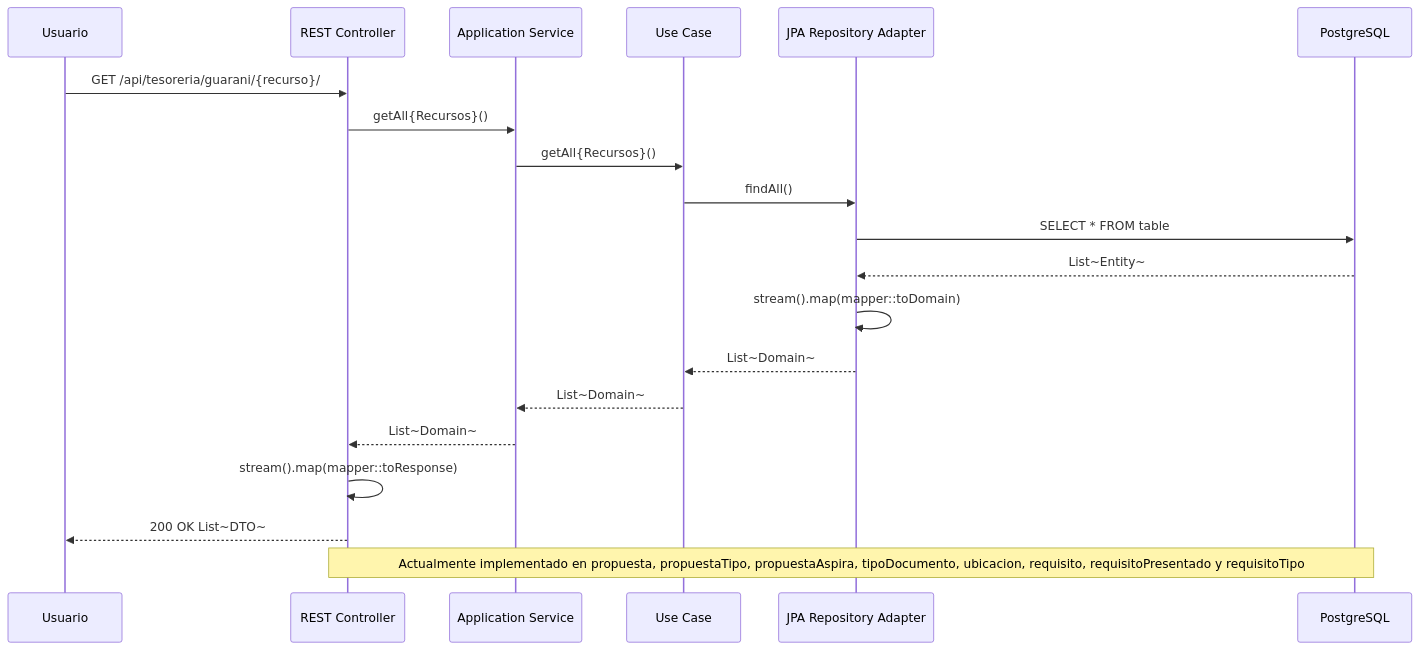
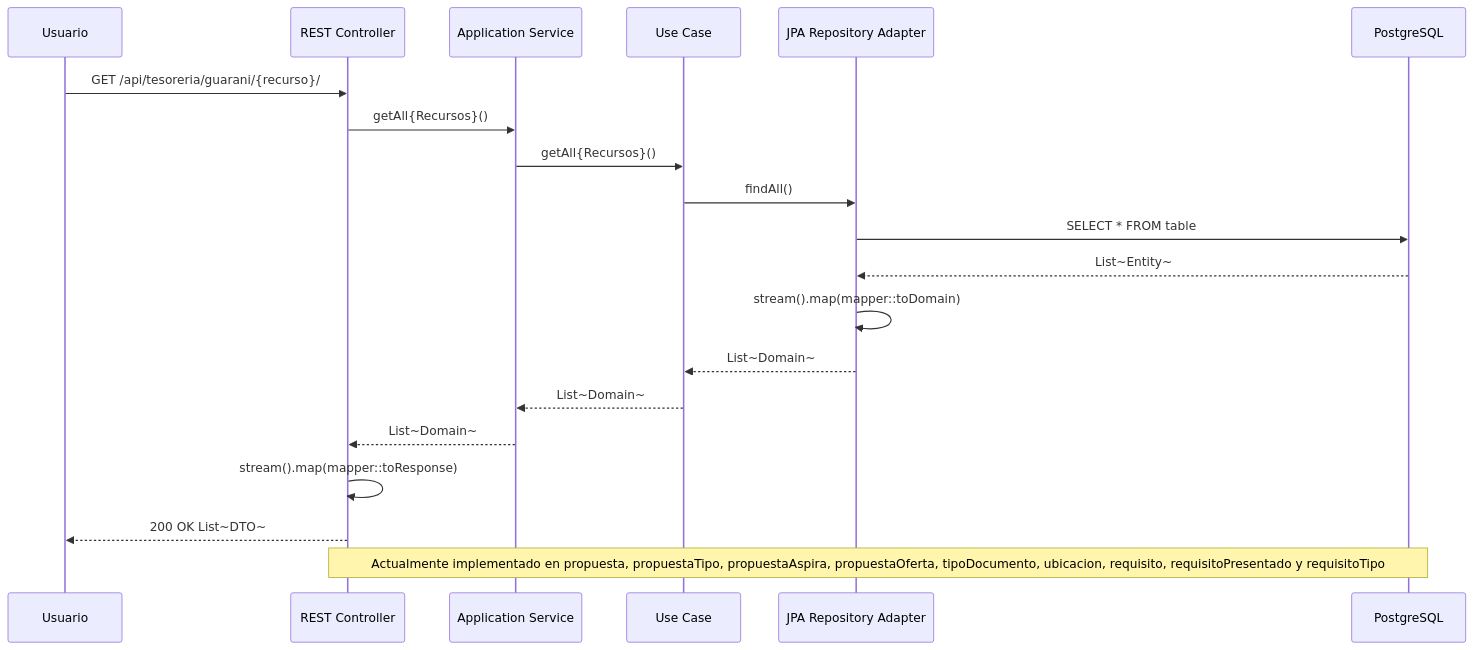
One commit to UM-services/UM.tesoreria.guarani-service changed the diagram in docs/diagrams/hexagonal-collection-endpoint.mmd. Above: the diagram before and after it, drawn with Mermaid. The commit also changed 29 other files, not shown here.

```diff
--- a/docs/diagrams/hexagonal-collection-endpoint.mmd
+++ b/docs/diagrams/hexagonal-collection-endpoint.mmd
@@ -1,21 +1,21 @@
 sequenceDiagram
     participant User as Usuario
     participant REST as REST Controller
     participant Service as Application Service
     participant UseCase as Use Case
     participant JPA as JPA Repository Adapter
     participant DB as PostgreSQL
 
     User->>REST: GET /api/tesoreria/guarani/{recurso}/
     REST->>Service: getAll{Recursos}()
     Service->>UseCase: getAll{Recursos}()
     UseCase->>JPA: findAll()
     JPA->>DB: SELECT * FROM table
     DB-->>JPA: List~Entity~
     JPA->>JPA: stream().map(mapper::toDomain)
     JPA-->>UseCase: List~Domain~
     UseCase-->>Service: List~Domain~
     Service-->>REST: List~Domain~
     REST->>REST: stream().map(mapper::toResponse)
     REST-->>User: 200 OK List~DTO~
-    Note over REST,DB: Actualmente implementado en propuesta, propuestaTipo, propuestaAspira, tipoDocumento, ubicacion, requisito, requisitoPresentado y requisitoTipo
+    Note over REST,DB: Actualmente implementado en propuesta, propuestaTipo, propuestaAspira, propuestaOferta, tipoDocumento, ubicacion, requisito, requisitoPresentado y requisitoTipo
```
